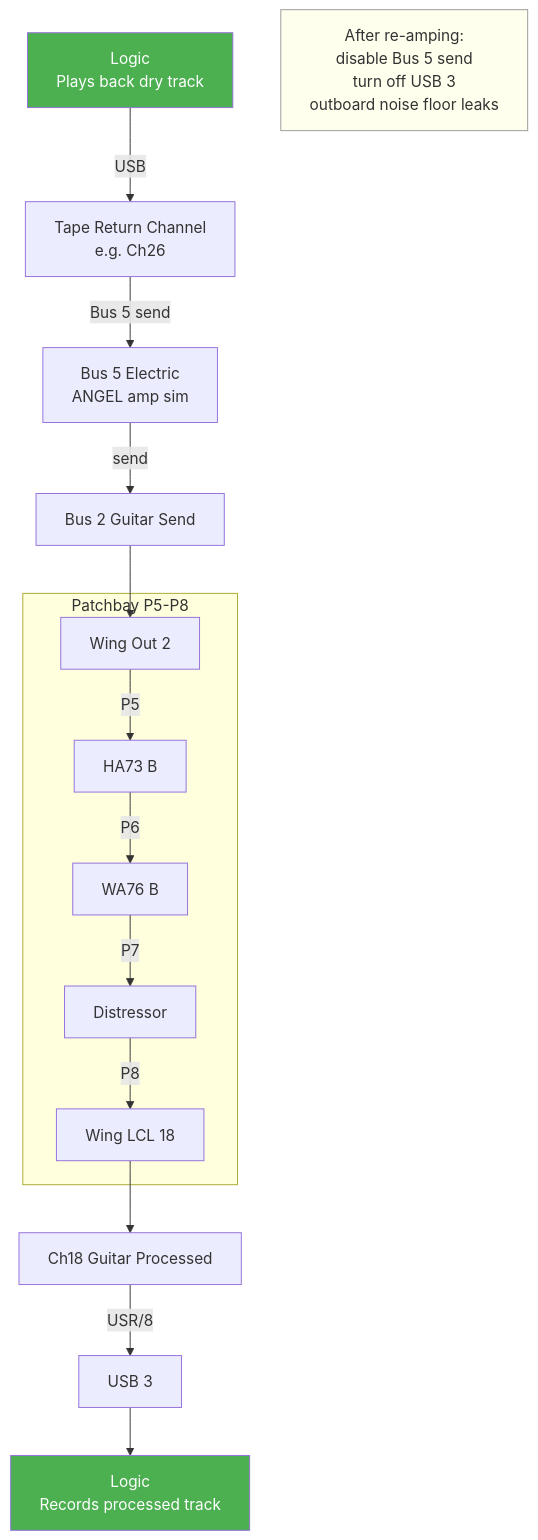
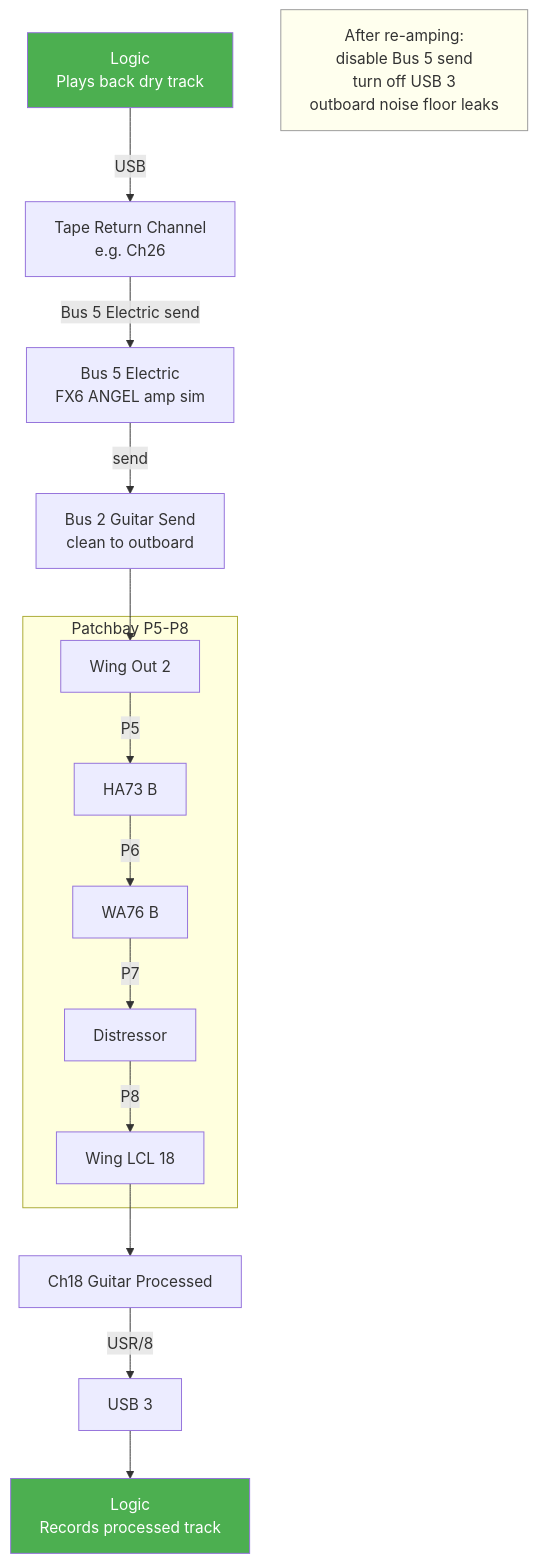
The ninth of 19 diagrams in docs/diagrams.md (ldenman/studio-setup), drawn with Mermaid before and after one commit. The commit also changed other lines of this file, not shown here.

First line of the commit message:
Add names to all bus/channel references, summary notes on every diagram

````diff
--- a/docs/diagrams.md
+++ b/docs/diagrams.md
@@ -336,23 +356,23 @@
 ```mermaid
 graph TD
     LOGIC[Logic<br/>Plays back dry track] -->|USB| TR[Tape Return Channel<br/>e.g. Ch26]
 
-    TR -->|Bus 5 send| BUS5[Bus 5 Electric<br/>ANGEL amp sim]
+    TR -->|Bus 5 Electric send| BUS5[Bus 5 Electric<br/>FX6 ANGEL amp sim]
 
-    BUS5 -->|send| BUS2[Bus 2 Guitar Send]
+    BUS5 -->|send| BUS2[Bus 2 Guitar Send<br/>clean to outboard]
     BUS2 --> OUT2[Wing Out 2]
 
     subgraph Patchbay P5-P8
         OUT2 -->|P5| HA73B[HA73 B] -->|P6| WA76B[WA76 B] -->|P7| DIST[Distressor] -->|P8| LCL18[Wing LCL 18]
     end
 
     LCL18 --> CH18[Ch18 Guitar Processed]
     CH18 -->|USR/8| USB3[USB 3]
     USB3 --> LOGIC_REC[Logic<br/>Records processed track]
 
     NOTE[After re-amping:<br/>disable Bus 5 send<br/>turn off USB 3<br/>outboard noise floor leaks]
 
     style LOGIC fill:#4CAF50,color:#fff
     style LOGIC_REC fill:#4CAF50,color:#fff
     style NOTE fill:#ffe,stroke:#999
 ```
````
